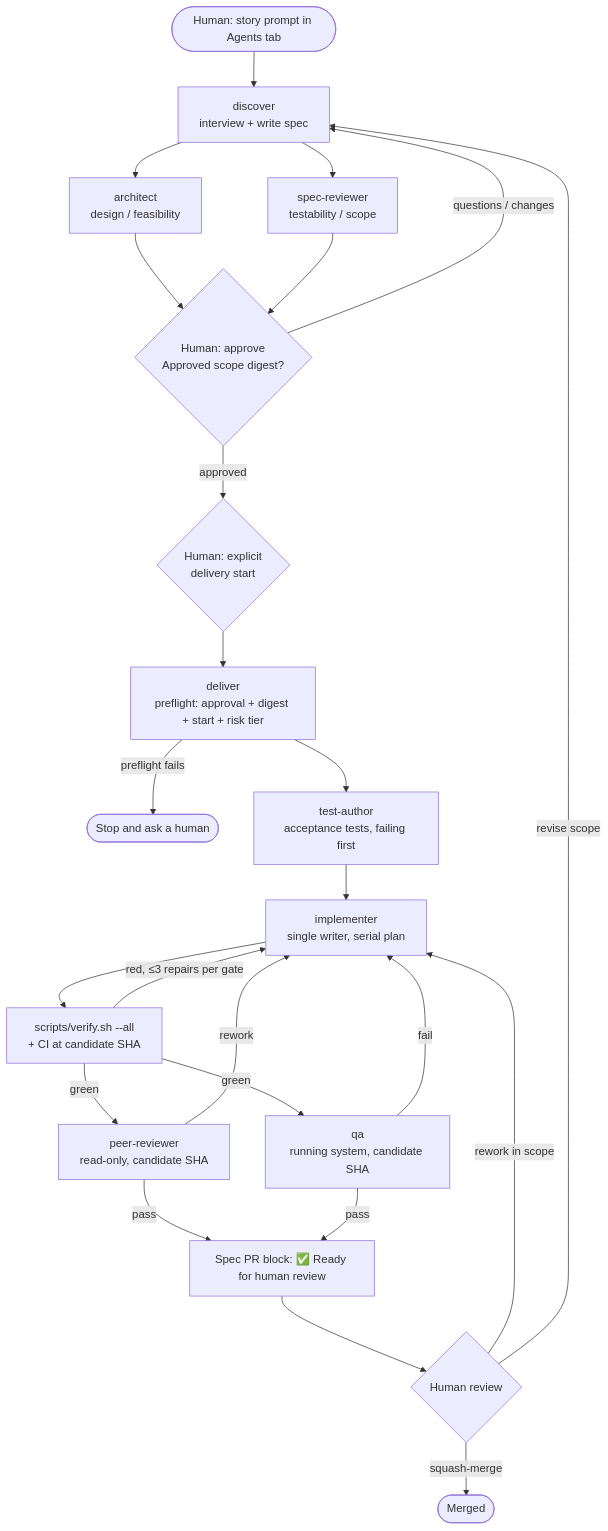
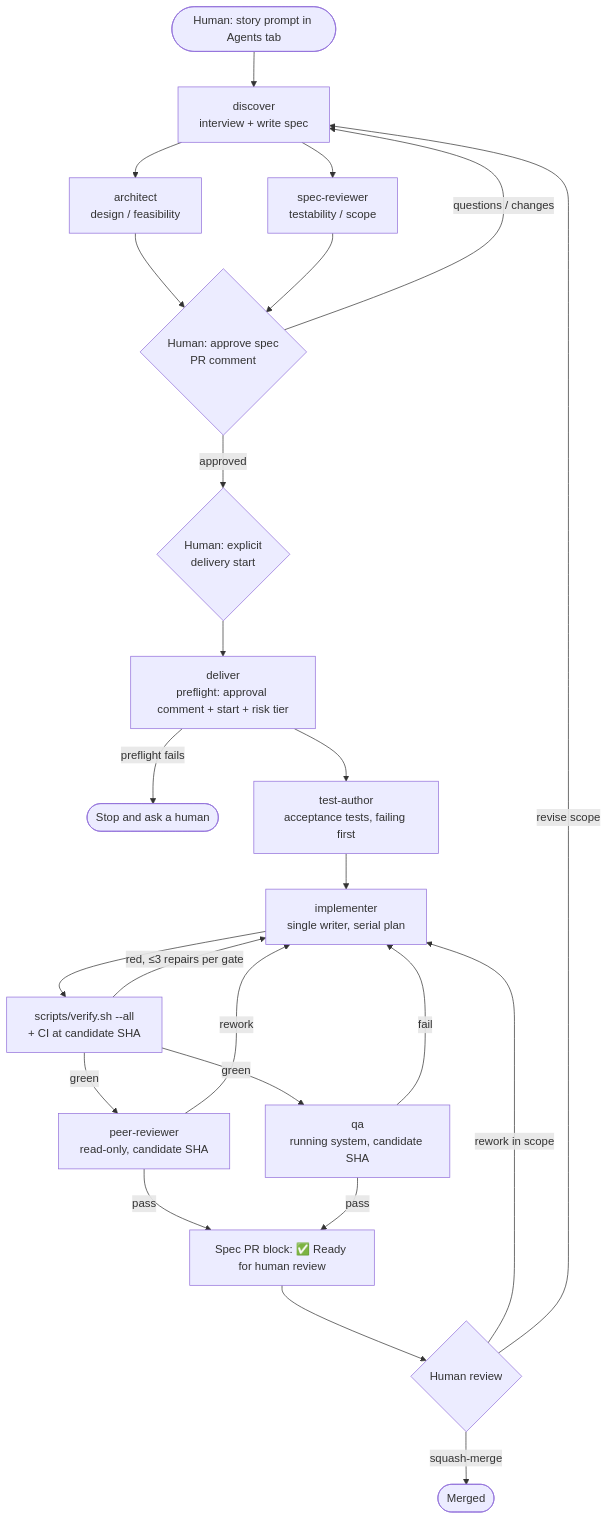
One commit to dustinkorzaan/gh2-agent-only changed the diagram in docs/agentic-workflow/process.md. Above: the diagram before and after it, drawn with Mermaid. The commit also changed other lines of this file and 11 other files, not shown here.

First line of the commit message:
Approve specs with a PR comment instead of a SHA-256 digest

````diff
--- a/docs/agentic-workflow/process.md
+++ b/docs/agentic-workflow/process.md
@@ -22,26 +22,26 @@
 ```mermaid
 flowchart TD
     A([Human: story prompt in Agents tab]) --> D[discover<br/>interview + write spec]
     D --> AR[architect<br/>design / feasibility]
     D --> SR[spec-reviewer<br/>testability / scope]
-    AR --> H1{Human: approve<br/>Approved scope digest?}
+    AR --> H1{Human: approve spec<br/>PR comment}
     SR --> H1
     H1 -- questions / changes --> D
     H1 -- approved --> H2{Human: explicit<br/>delivery start}
-    H2 --> DL[deliver<br/>preflight: approval + digest + start + risk tier]
+    H2 --> DL[deliver<br/>preflight: approval comment + start + risk tier]
     DL -- preflight fails --> STOP([Stop and ask a human])
     DL --> TA[test-author<br/>acceptance tests, failing first]
     TA --> IM[implementer<br/>single writer, serial plan]
     IM --> V[scripts/verify.sh --all<br/>+ CI at candidate SHA]
     V -- red, ≤3 repairs per gate --> IM
     V -- green --> PR[peer-reviewer<br/>read-only, candidate SHA]
     V -- green --> QA[qa<br/>running system, candidate SHA]
     PR -- rework --> IM
     QA -- fail --> IM
     PR -- pass --> R[Spec PR block: ✅ Ready for human review]
     QA -- pass --> R
     R --> H3{Human review}
     H3 -- rework in scope --> IM
     H3 -- revise scope --> D
     H3 -- squash-merge --> M([Merged])
 ```
````
